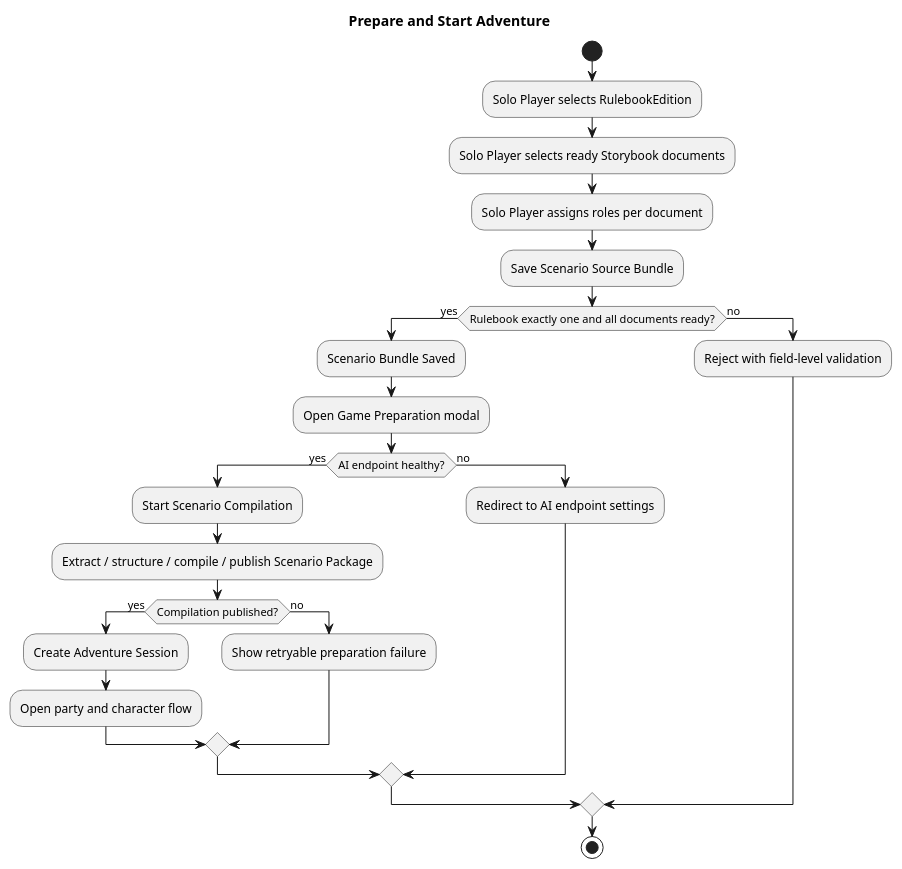
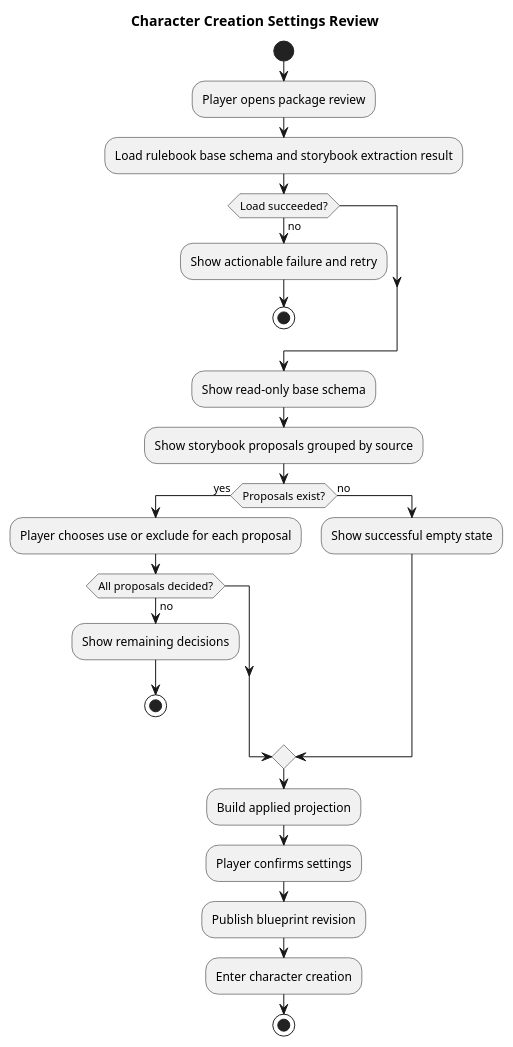
One commit to omegafrog/dnd-master changed the first of 4 diagrams in docs/specs/architecture-spec.md. Above: the diagram before and after it, drawn with PlantUML. The commit also changed other lines of this file and 7 other files, not shown here.

Commit message:
docs: add rulebook character catalog plan

````diff
--- a/docs/specs/architecture-spec.md
+++ b/docs/specs/architecture-spec.md
@@ -34,29 +33,28 @@
 ```plantuml
 @startuml
-title Prepare and Start Adventure
+title Character Creation Settings Review
 start
-:Solo Player selects RulebookEdition;
-:Solo Player selects ready Storybook documents;
-:Solo Player assigns roles per document;
-:Save Scenario Source Bundle;
-if (Rulebook exactly one and all documents ready?) then (yes)
-  :Scenario Bundle Saved;
-  :Open Game Preparation modal;
-  if (AI endpoint healthy?) then (yes)
-    :Start Scenario Compilation;
-    :Extract / structure / compile / publish Scenario Package;
-    if (Compilation published?) then (yes)
-      :Create Adventure Session;
-      :Open party and character flow;
-    else (no)
-      :Show retryable preparation failure;
-    endif
-  else (no)
-    :Redirect to AI endpoint settings;
+:Player opens package review;
+:Load rulebook base schema and storybook extraction result;
+if (Load succeeded?) then (no)
+  :Show actionable failure and retry;
+  stop
+endif
+:Show read-only base schema;
+:Show storybook proposals grouped by source;
+if (Proposals exist?) then (yes)
+  :Player chooses use or exclude for each proposal;
+  if (All proposals decided?) then (no)
+    :Show remaining decisions;
+    stop
   endif
 else (no)
-  :Reject with field-level validation;
+  :Show successful empty state;
 endif
+:Build applied projection;
+:Player confirms settings;
+:Publish blueprint revision;
+:Enter character creation;
 stop
 @enduml
 ```
````
